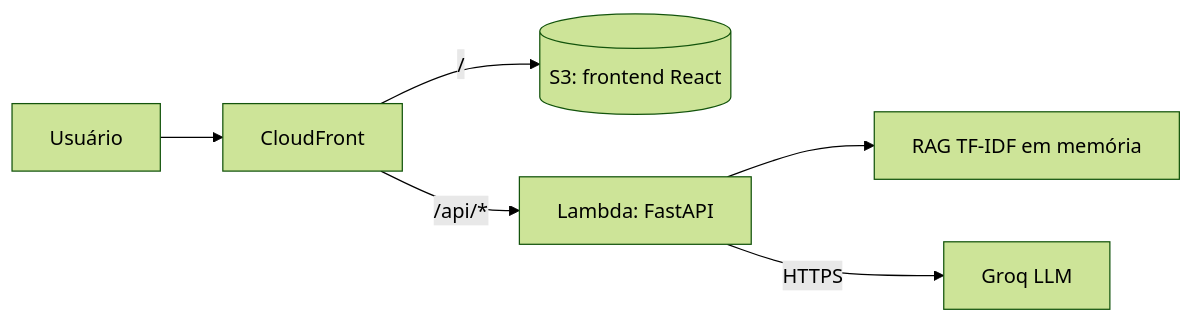
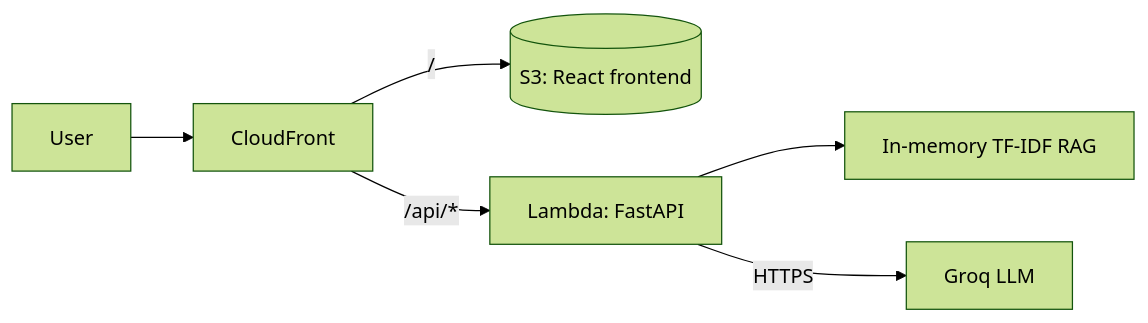
One commit to joaopmarinho/Assistente-Diversa changed the diagram in README.md. Above: the diagram before and after it, drawn with Mermaid (forest theme). The commit also changed other lines of this file and 8 other files, not shown here.

````diff
--- a/README.md
+++ b/README.md
@@ -9,8 +9,8 @@
 ```mermaid
 graph LR
-    U[Usuário] --> CF[CloudFront]
-    CF -->|/| S3[(S3: frontend React)]
+    U[User] --> CF[CloudFront]
+    CF -->|/| S3[(S3: React frontend)]
     CF -->|/api/*| L[Lambda: FastAPI]
-    L --> R[RAG TF-IDF em memória]
+    L --> R[In-memory TF-IDF RAG]
     L -->|HTTPS| G[Groq LLM]
 ```
````
